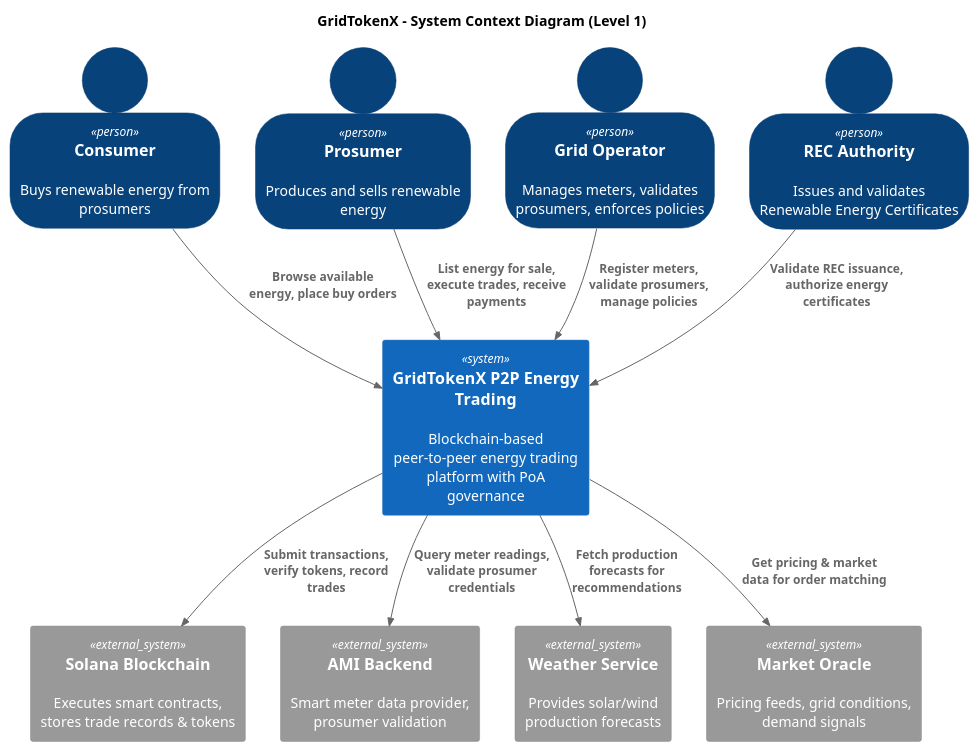
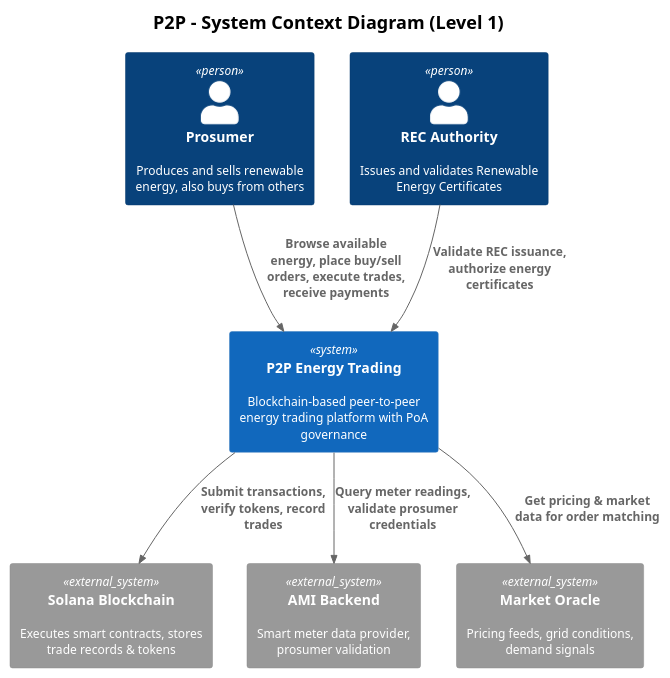
The diagram in docs/01-c4-model/C4_LEVEL_1_SYSTEM_CONTEXT.puml (NakaSato/gridtokenx-app), drawn with PlantUML before and after one commit. The commit also changed 20 other files, not shown here.

First line of the commit message:
feat: Complete rebuild of C4 Model documentation and diagrams for GridTokenX

```diff
--- a/docs/01-c4-model/C4_LEVEL_1_SYSTEM_CONTEXT.puml
+++ b/docs/01-c4-model/C4_LEVEL_1_SYSTEM_CONTEXT.puml
@@ -2,34 +2,34 @@
 @startuml C4_Level_1_System_Context
 !include https://raw.githubusercontent.com/plantuml-stdlib/C4-PlantUML/master/C4_Context.puml
 
-title GridTokenX - System Context Diagram (Level 1)
-SHOW_PERSON_OUTLINE()
+title P2P - System Context Diagram (Level 1)
+
+' Font styling
+skinparam defaultFontName Arial
+skinparam defaultFontSize 12
+skinparam fontSize 14
+skinparam titleFontSize 18
+skinparam titleFontStyle bold
 
 ' Actors
-Person(consumer, "Consumer", "Buys renewable energy from prosumers")
-Person(prosumer, "Prosumer", "Produces and sells renewable energy")
-Person(gridOp, "Grid Operator", "Manages meters, validates prosumers, enforces policies")
+Person(prosumer, "Prosumer", "Produces and sells renewable energy, also buys from others")
 Person(recAuth, "REC Authority", "Issues and validates Renewable Energy Certificates")
 
 ' Main System
-System(gridtokenx, "GridTokenX P2P Energy Trading", "Blockchain-based peer-to-peer energy trading platform with PoA governance")
+System(gridtokenx, "P2P Energy Trading", "Blockchain-based peer-to-peer energy trading platform with PoA governance")
 
 ' External Systems
 System_Ext(solana, "Solana Blockchain", "Executes smart contracts, stores trade records & tokens")
 System_Ext(ami, "AMI Backend", "Smart meter data provider, prosumer validation")
-System_Ext(weather, "Weather Service", "Provides solar/wind production forecasts")
 System_Ext(oracle, "Market Oracle", "Pricing feeds, grid conditions, demand signals")
 
 ' Actor Relationships
-Rel(consumer, gridtokenx, "Browse available energy, place buy orders")
-Rel(prosumer, gridtokenx, "List energy for sale, execute trades, receive payments")
-Rel(gridOp, gridtokenx, "Register meters, validate prosumers, manage policies")
+Rel(prosumer, gridtokenx, "Browse available energy, place buy/sell orders, execute trades, receive payments")
 Rel(recAuth, gridtokenx, "Validate REC issuance, authorize energy certificates")
 
 ' System External Relationships
 Rel(gridtokenx, solana, "Submit transactions, verify tokens, record trades")
 Rel(gridtokenx, ami, "Query meter readings, validate prosumer credentials")
-Rel(gridtokenx, weather, "Fetch production forecasts for recommendations")
 Rel(gridtokenx, oracle, "Get pricing & market data for order matching")
 
 @enduml
```
